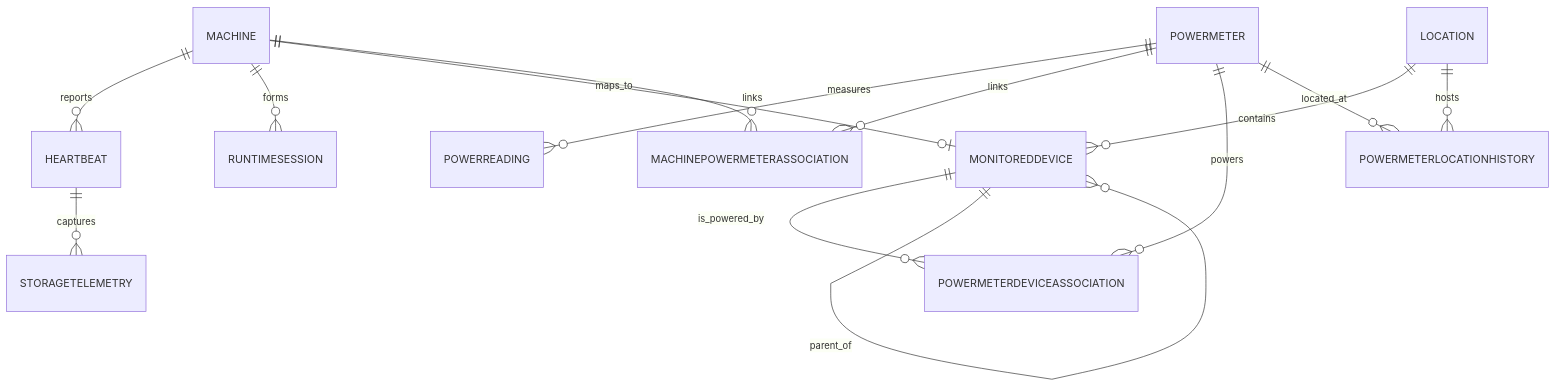
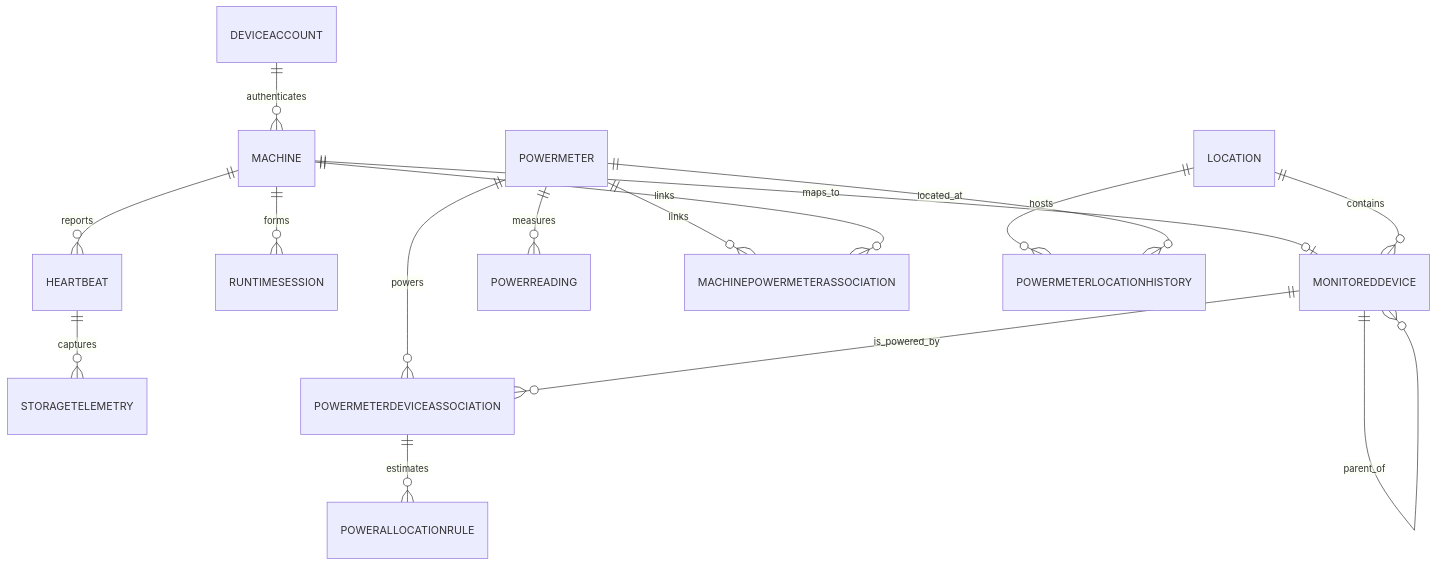
One commit to MCLifeLeader/System-Uptime-Tracker changed the diagram in docs/domain-model.md. Above: the diagram before and after it, drawn with Mermaid. The commit also changed other lines of this file and 5 other files, not shown here.

````diff
--- a/docs/domain-model.md
+++ b/docs/domain-model.md
@@ -245,16 +365,18 @@
 ```mermaid
 erDiagram
+    DEVICEACCOUNT ||--o{ MACHINE : authenticates
     MACHINE ||--o{ HEARTBEAT : reports
     MACHINE ||--o{ RUNTIMESESSION : forms
     HEARTBEAT ||--o{ STORAGETELEMETRY : captures
     MACHINE ||--o| MONITOREDDEVICE : maps_to
     POWERMETER ||--o{ POWERREADING : measures
     POWERMETER ||--o{ MACHINEPOWERMETERASSOCIATION : links
     MACHINE ||--o{ MACHINEPOWERMETERASSOCIATION : links
     POWERMETER ||--o{ POWERMETERDEVICEASSOCIATION : powers
     MONITOREDDEVICE ||--o{ POWERMETERDEVICEASSOCIATION : is_powered_by
+    POWERMETERDEVICEASSOCIATION ||--o{ POWERALLOCATIONRULE : estimates
     LOCATION ||--o{ MONITOREDDEVICE : contains
     LOCATION ||--o{ POWERMETERLOCATIONHISTORY : hosts
     POWERMETER ||--o{ POWERMETERLOCATIONHISTORY : located_at
     MONITOREDDEVICE ||--o{ MONITOREDDEVICE : parent_of
 ```
````
